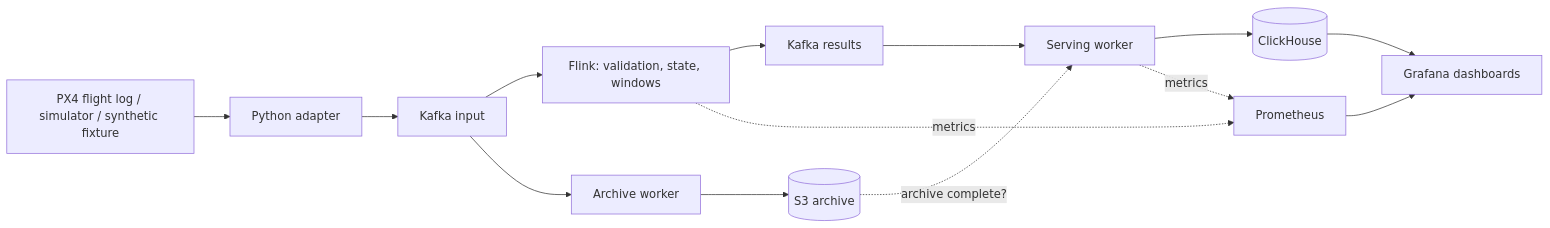
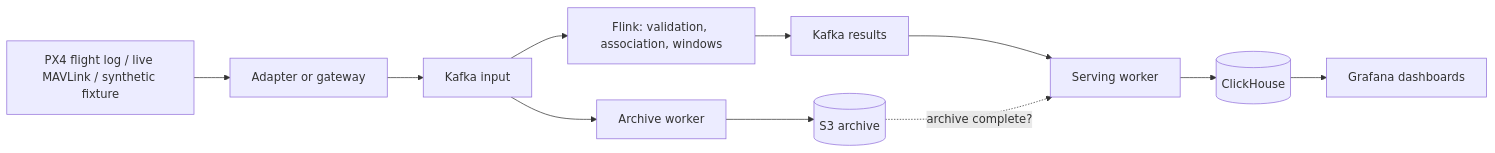
Before and after one commit to IvanHaiko/fleet-telemetry: the diagram in README.md, drawn with Mermaid. The commit also changed other lines of this file and 35 other files, not shown here.

First line of the commit message:
Replay recorded flights as virtual MAVLink vehicles; slim README and roadmap

````diff
--- a/README.md
+++ b/README.md
@@ -20,16 +22,13 @@
 ```mermaid
 flowchart LR
-    Source[PX4 flight log / simulator / synthetic fixture] --> Adapter[Python adapter]
+    Source[PX4 flight log / live MAVLink / synthetic fixture] --> Adapter[Adapter or gateway]
     Adapter --> Input[Kafka input]
-    Input --> Flink[Flink: validation, state, windows]
+    Input --> Flink[Flink: validation, association, windows]
     Input --> Archive[Archive worker]
     Archive --> S3[(S3 archive)]
     Flink --> Output[Kafka results]
     Output --> Serve[Serving worker]
     S3 -. archive complete? .-> Serve
     Serve --> CH[(ClickHouse)]
     CH --> Grafana[Grafana dashboards]
-    Flink -. metrics .-> Prom[Prometheus]
-    Serve -. metrics .-> Prom
-    Prom --> Grafana
 ```
````
